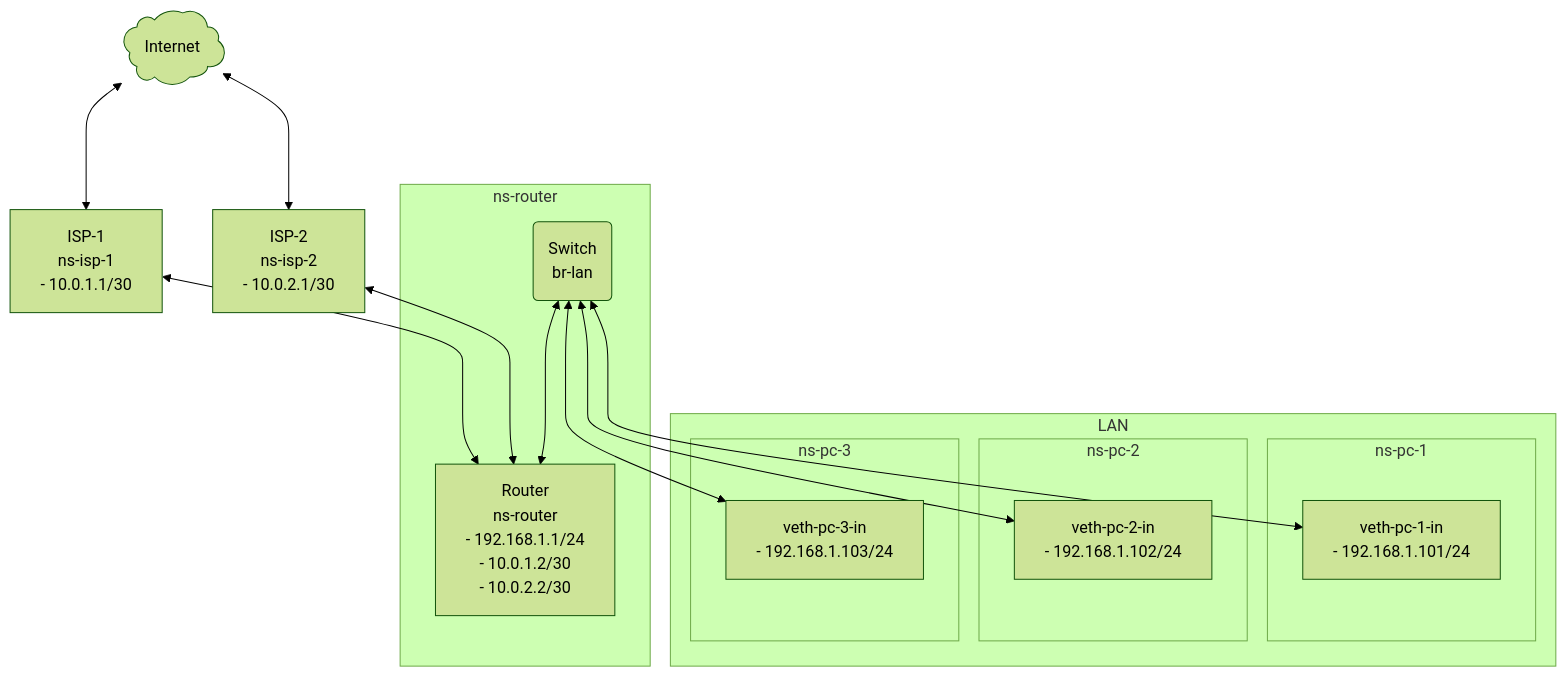
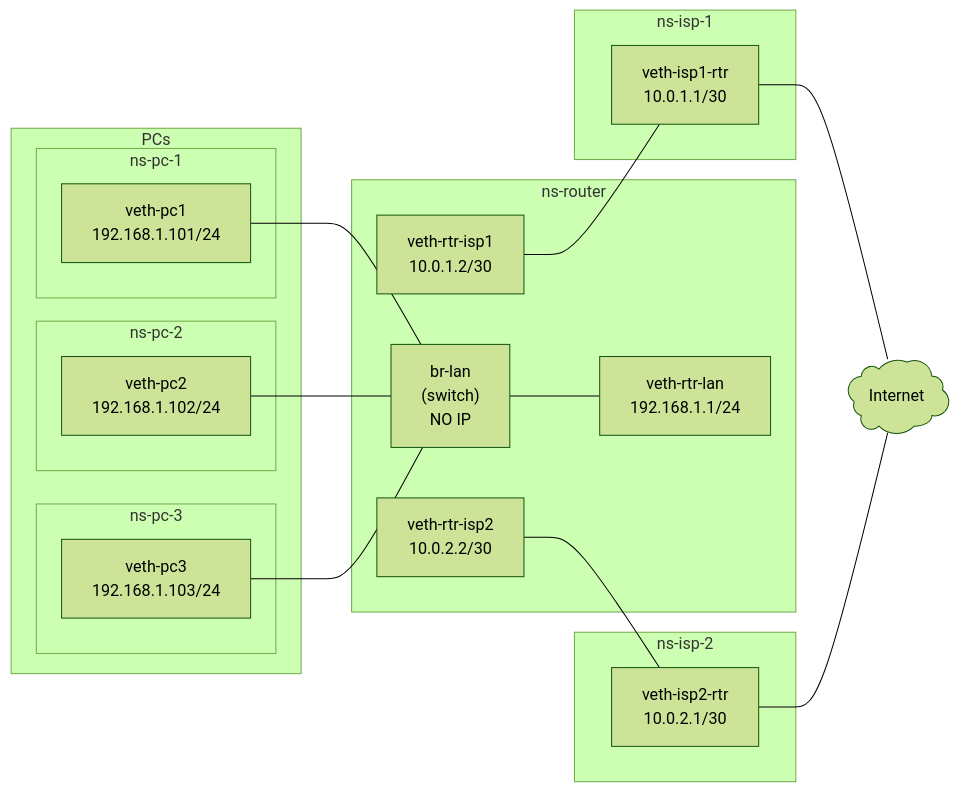
The diagram in docs/01-policy-routing.md (twdamhore/virtual-switch-lab), drawn with Mermaid (forest theme) before and after one commit. The commit also changed other lines of this file, not shown here.

Commit message:
Revise network diagram for policy routing
Updated the network diagram to include new PC representations and connections.

````diff
--- a/docs/01-policy-routing.md
+++ b/docs/01-policy-routing.md
@@ -36,33 +33,40 @@
 ```mermaid
-graph TD
-    Internet@{ label: "Internet", shape: cloud }
-    
-    ISP1["ISP-1<br>ns-isp-1<br>- 10.0.1.1/30"]
-    ISP2["ISP-2<br>ns-isp-2<br>- 10.0.2.1/30"]
-
-    subgraph NS_ROUTER["ns-router"]
-        ROUTER["Router<br>ns-router<br>- 192.168.1.1/24<br>- 10.0.1.2/30<br>- 10.0.2.2/30"]
-        BR_LAN("Switch<br>br-lan")
-    end
-    
-    subgraph LAN
-        subgraph NS_PC_1["ns-pc-1"]
-            PC_1_IN["veth-pc-1-in<br>- 192.168.1.101/24"]
+graph LR
+    subgraph PCs
+        subgraph ns-pc-1
+            PC1["veth-pc1<br>192.168.1.101/24"]
         end
-        subgraph NS_PC_2["ns-pc-2"]
-            PC_2_IN["veth-pc-2-in<br>- 192.168.1.102/24"]
+        subgraph ns-pc-2
+            PC2["veth-pc2<br>192.168.1.102/24"]
         end
-        subgraph NS_PC_3["ns-pc-3"]
-            PC_3_IN["veth-pc-3-in<br>- 192.168.1.103/24"]
+        subgraph ns-pc-3
+            PC3["veth-pc3<br>192.168.1.103/24"]
         end
     end
     
-    Internet <---> ISP1
-    Internet <---> ISP2
-    ISP1 <---> ROUTER
-    ISP2 <---> ROUTER
-    BR_LAN <---> ROUTER
-    BR_LAN <---> PC_1_IN
-    BR_LAN <---> PC_2_IN
-    BR_LAN <---> PC_3_IN
+    subgraph ns-router
+        BR_LAN["br-lan<br>(switch)<br>NO IP"]
+        RTR_LAN["veth-rtr-lan<br>192.168.1.1/24"]
+        RTR_ISP1["veth-rtr-isp1<br>10.0.1.2/30"]
+        RTR_ISP2["veth-rtr-isp2<br>10.0.2.2/30"]
+    end
+    
+    subgraph ns-isp-1
+        ISP1_RTR["veth-isp1-rtr<br>10.0.1.1/30"]
+    end
+    
+    subgraph ns-isp-2
+        ISP2_RTR["veth-isp2-rtr<br>10.0.2.1/30"]
+    end
+    
+    Internet@{ label: "Internet", shape: cloud }
+    
+    PC1 --- BR_LAN
+    PC2 --- BR_LAN
+    PC3 --- BR_LAN
+    BR_LAN --- RTR_LAN
+    RTR_ISP1 --- ISP1_RTR
+    RTR_ISP2 --- ISP2_RTR
+    ISP1_RTR --- Internet
+    ISP2_RTR --- Internet
 ```
````
